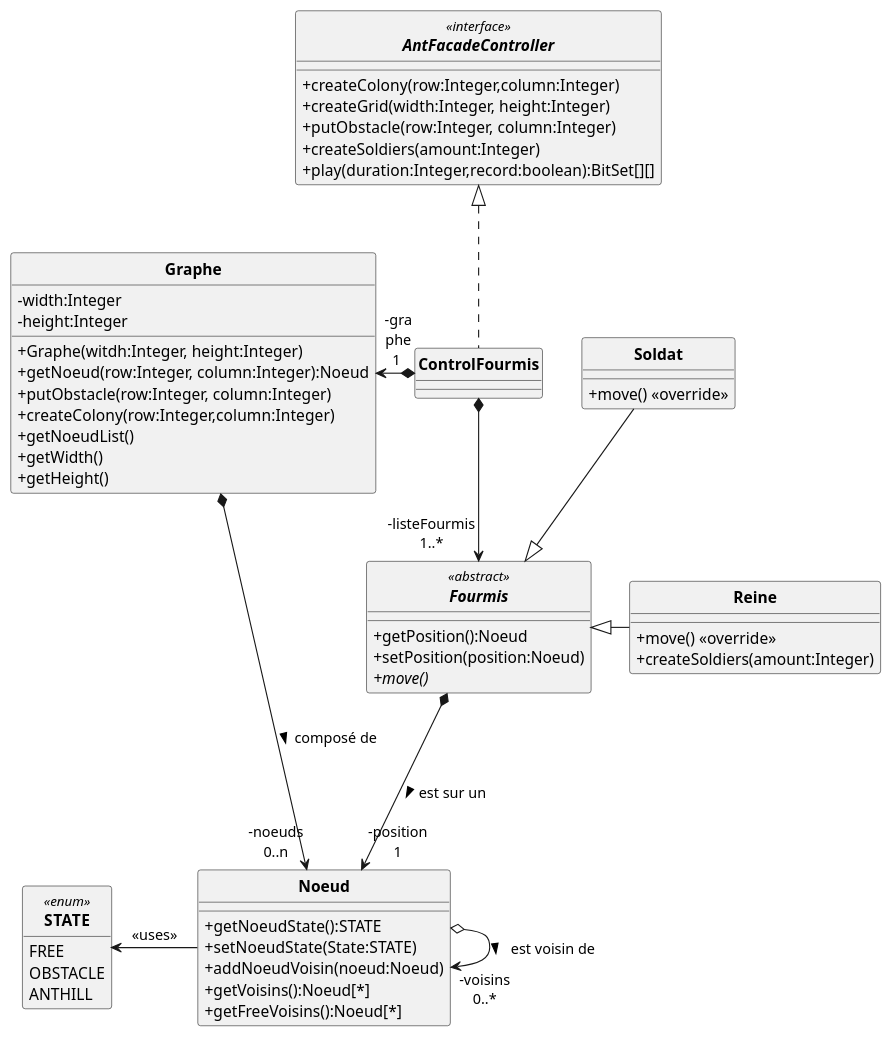
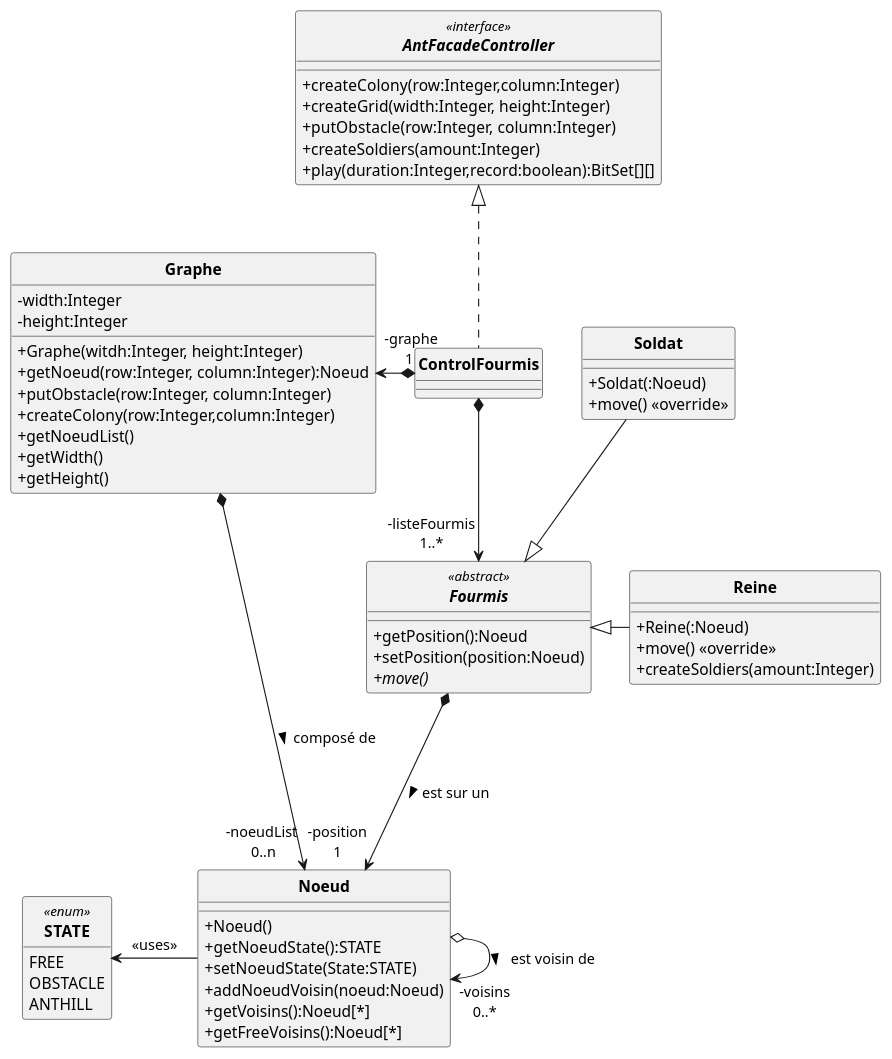
One commit to ErenMustafaGit/ColonieFourmis changed the diagram in src/main/uml/Fourmis_DC.puml. Above: the diagram before and after it, drawn with PlantUML.

Commit message:
DC: Constructeur des classes

```diff
--- a/src/main/uml/Fourmis_DC.puml
+++ b/src/main/uml/Fourmis_DC.puml
@@ -1,85 +1,88 @@
 @startuml
 'https://plantuml.com/sequence-diagram
 allow_mixing
 skinparam style strictuml
 skinparam classAttributeIconSize 0
 skinparam circledCharacterRadius 0
 skinparam circledCharacterFontSize 0
 skinparam classFontStyle Bold
 'autonumber
 hide enum methods
 
 'Controleur
 interface AntFacadeController <<interface>> {
     '+setParameters( evaporationParam:Integer, foodParam:Integer, pheromoneParam:Integer )
     +createColony(row:Integer,column:Integer)
     +createGrid(width:Integer, height:Integer)
     +putObstacle(row:Integer, column:Integer)
     '+putFood( row:Integer, column:Integer, quantity:Integer);
     '+createWorkers( amount:Integer )
     +createSoldiers(amount:Integer)
     '+setAntFile(antLogFile:String);
     +play(duration:Integer,record:boolean):BitSet[][]
 }
 
 class Noeud {
+    +Noeud()
     +getNoeudState():STATE
     +setNoeudState(State:STATE)
     +addNoeudVoisin(noeud:Noeud)
     +getVoisins():Noeud[*]
     +getFreeVoisins():Noeud[*]
 }
 enum STATE <<enum>> {
     FREE
     OBSTACLE
     ANTHILL
 }
 
 
 abstract Fourmis <<abstract>> {
     +getPosition():Noeud
     +setPosition(position:Noeud)
     {abstract} +move()
 }
 class Reine{
+    +Reine(:Noeud)
     +move() <<override>>
     +createSoldiers(amount:Integer)
 
 }
 class Soldat{
+    +Soldat(:Noeud)
     +move() <<override>>
 }
 
 
 class ControlFourmis implements AntFacadeController{
 }
 
 
 class Graphe{
  -width:Integer
  -height:Integer
  +Graphe(witdh:Integer, height:Integer)
  +getNoeud(row:Integer, column:Integer):Noeud
  +putObstacle(row:Integer, column:Integer)
  +createColony(row:Integer,column:Integer)
  +getNoeudList()
  +getWidth()
  +getHeight()
 }
 
 
 Soldat --|> Fourmis
 Reine -l-|> Fourmis
 
-ControlFourmis "-gra\nphe\n1 " *-l-> Graphe
+ControlFourmis "-graphe\n1 " *-l-> Graphe
 ControlFourmis  *--> "-listeFourmis\n1..*" Fourmis
 
-Graphe *-r-> "-noeuds\n0..n" Noeud : composé de >
+Graphe *-r-> "-noeudList \n0..n" Noeud : composé de >
 'historique = liste de noeud déjà passé par la fourmi
 '"-position 1\n-historique 0..*"
 Fourmis *---> "-position\n1" Noeud  : est sur un >
 Noeud o-> "-voisins\n0..*"  Noeud  : est voisin de >
 
 Noeud -l-> STATE : <<uses>>
 
 @enduml
```
